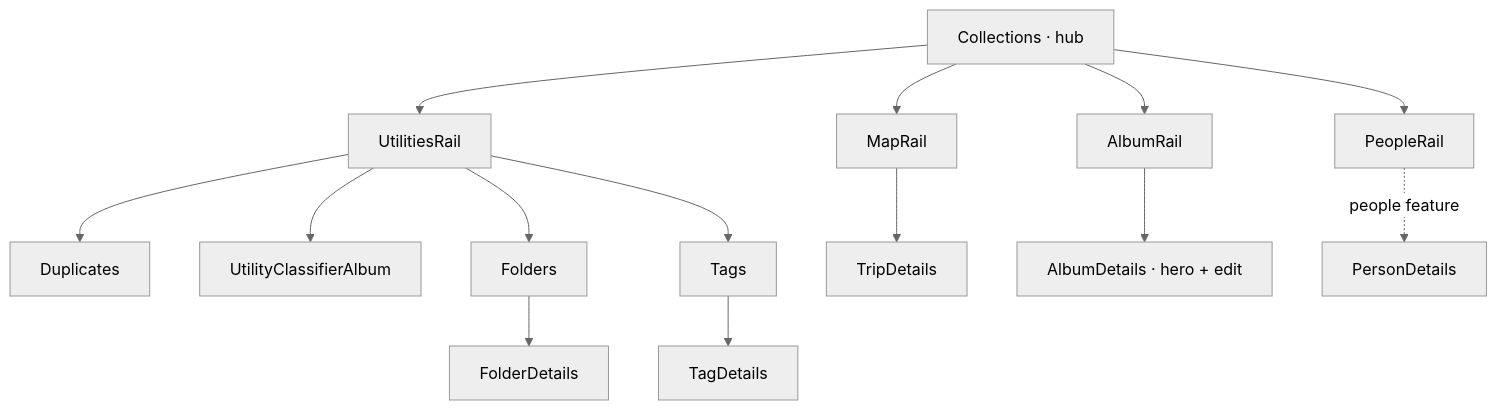
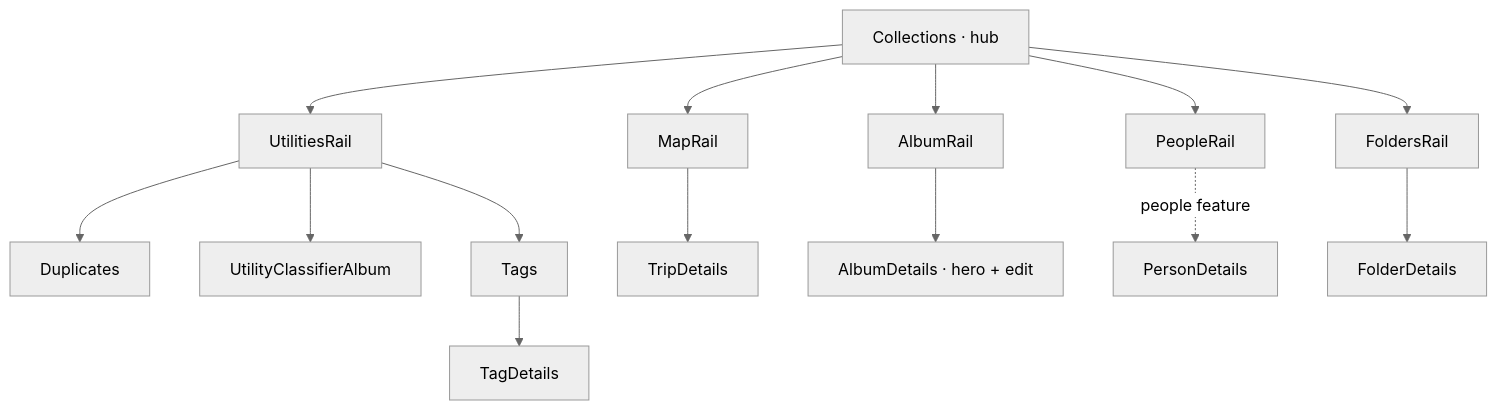
One commit to EdwinZhanCN/Lumilio-Photos changed the diagram in web/src/features/collections/doc.md. Above: the diagram before and after it, drawn with Mermaid (neutral theme). The commit also changed other lines of this file and 10 other files, not shown here.

````diff
--- a/web/src/features/collections/doc.md
+++ b/web/src/features/collections/doc.md
@@ -53,11 +56,11 @@
 ```mermaid
 flowchart TD
     HUB["Collections · hub"]
     HUB --> UR["UtilitiesRail"] --> DUP["Duplicates"]
     UR --> UCA["UtilityClassifierAlbum"]
-    UR --> FLD["Folders"] --> FD["FolderDetails"]
     UR --> TGS["Tags"] --> TD2["TagDetails"]
     HUB --> MR["MapRail"] --> TD["TripDetails"]
     HUB --> AR["AlbumRail"] --> AD["AlbumDetails · hero + edit"]
     HUB --> PR["PeopleRail"] -.->|people feature| PERSON["PersonDetails"]
+    HUB --> FR["FoldersRail"] --> FD["FolderDetails"]
 ```
````
